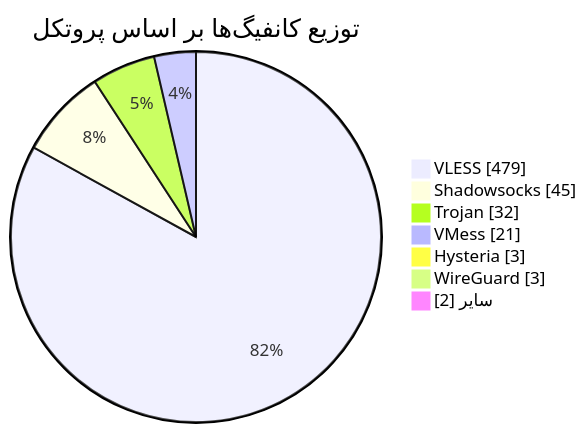
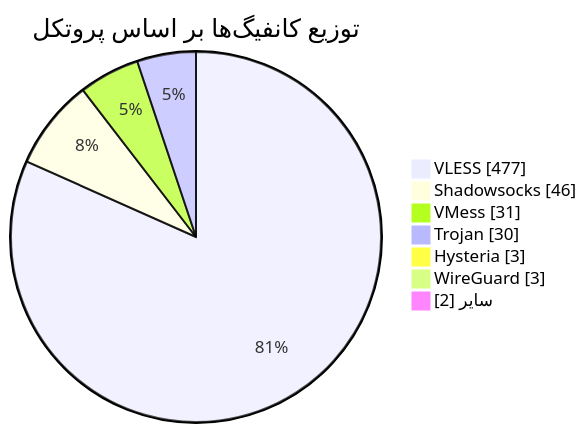
One commit to Arian-Alijani/Somthing changed the diagram in README.md. Above: the diagram before and after it, drawn with Mermaid. The commit also changed other lines of this file and 17 other files, not shown here.

````diff
--- a/README.md
+++ b/README.md
@@ -49,11 +49,11 @@
 ```mermaid
 pie showData
     title توزیع کانفیگ‌ها بر اساس پروتکل
-    "VLESS" : 479
-    "Shadowsocks" : 45
-    "Trojan" : 32
-    "VMess" : 21
+    "VLESS" : 477
+    "Shadowsocks" : 46
+    "VMess" : 31
+    "Trojan" : 30
     "Hysteria" : 3
     "WireGuard" : 3
     "سایر" : 2
 ```
````
